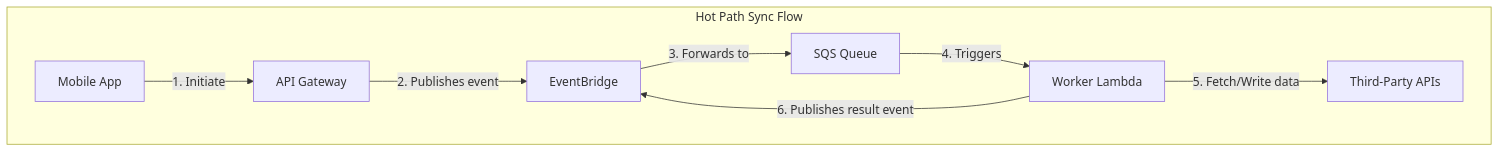
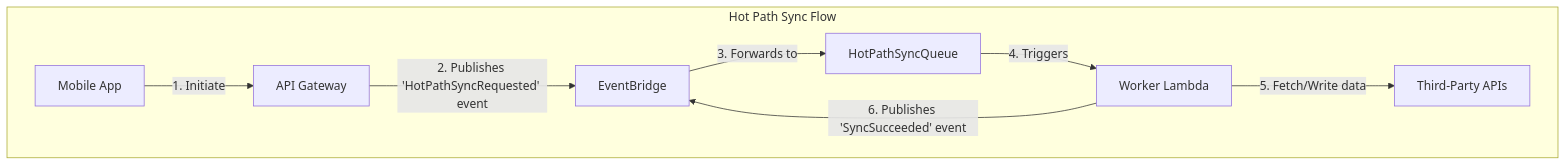
Before and after one commit to dino10bit/healthsync: the fourth of 8 diagrams in 06-technical-architecture.md, drawn with Mermaid. The commit also changed other lines of this file and 1 other file, not shown here.

First line of the commit message:
Revise 06-technical-architecture.md based on f-20.md review.

````diff
--- a/06-technical-architecture.md
+++ b/06-technical-architecture.md
@@ -275,11 +335,11 @@
 ```mermaid
 graph TD
     subgraph "Hot Path Sync Flow"
         A[Mobile App] -- 1. Initiate --> B[API Gateway]
-        B -- 2. Publishes event --> C[EventBridge]
-        C -- 3. Forwards to --> SQS[SQS Queue]
+        B -- 2. Publishes 'HotPathSyncRequested' event --> C[EventBridge]
+        C -- 3. Forwards to --> SQS[HotPathSyncQueue]
         SQS -- 4. Triggers --> D[Worker Lambda]
         D -- 5. Fetch/Write data --> E[Third-Party APIs]
-        D -- 6. Publishes result event --> C
+        D -- 6. Publishes 'SyncSucceeded' event --> C
     end
 ```
````
